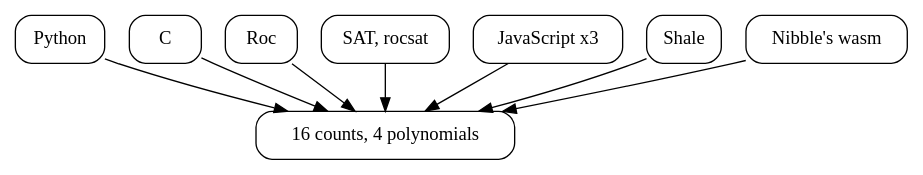
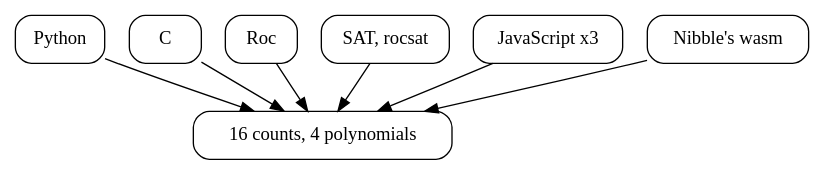
Before and after one commit to showell/cook-levin-riff: the eighth of 8 diagrams in book/book.md, drawn with Graphviz. The commit also changed other lines of this file and 3 other files, not shown here.

````diff
--- a/book/book.md
+++ b/book/book.md
@@ -2467,20 +2465,18 @@
 ```dot
 digraph {
   node [shape=box, style=rounded];
   answers [label="16 counts, 4 polynomials"];
   python [label="Python"];
   c [label="C"];
   roc [label="Roc"];
   sat [label="SAT, rocsat"];
   js [label="JavaScript x3"];
-  shale [label="Shale"];
   nibble [label="Nibble's wasm"];
   python -> answers;
   c -> answers;
   roc -> answers;
   sat -> answers;
   js -> answers;
-  shale -> answers;
   nibble -> answers;
 }
 ```
````
